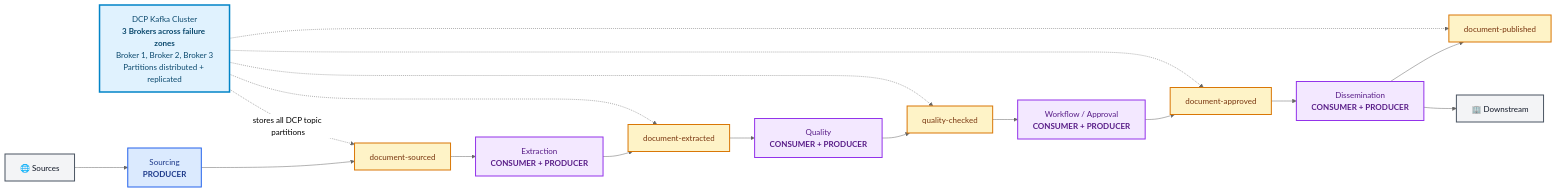
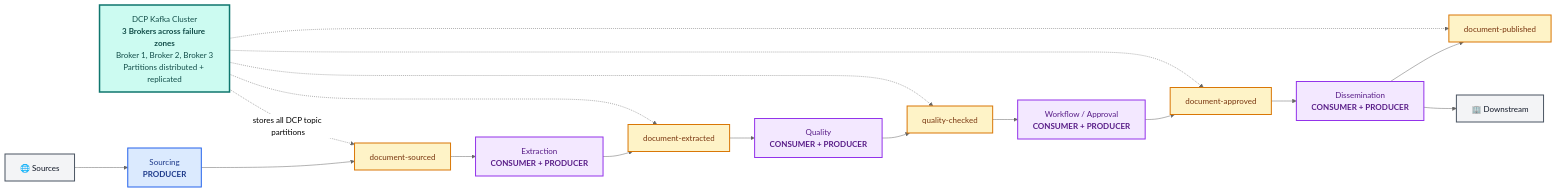
Before and after one commit to arpit-jain-mygit/interview-preparation: the third of 6 diagrams in Kafka-Questions.md, drawn with Mermaid (neutral theme). The commit also changed other lines of this file, not shown here.

Commit message:
Differentiate Kafka cluster diagram color

````diff
--- a/Kafka-Questions.md
+++ b/Kafka-Questions.md
@@ -134,32 +134,32 @@
 ```mermaid
 flowchart LR
     SOURCES["🌐 Sources"]:::actor
     SOURCE["Sourcing<br/><b>PRODUCER</b>"]:::producer
     T1["document-sourced"]:::topic
     EXTRACT["Extraction<br/><b>CONSUMER + PRODUCER</b>"]:::both
     T2["document-extracted"]:::topic
     QUALITY["Quality<br/><b>CONSUMER + PRODUCER</b>"]:::both
     T3["quality-checked"]:::topic
     REVIEW["Workflow / Approval<br/><b>CONSUMER + PRODUCER</b>"]:::both
     T4["document-approved"]:::topic
     DISSEM["Dissemination<br/><b>CONSUMER + PRODUCER</b>"]:::both
     T5["document-published"]:::topic
     TARGETS["🏢 Downstream"]:::actor
     KAFKA["DCP Kafka Cluster<br/><b>3 Brokers across failure zones</b><br/>Broker 1, Broker 2, Broker 3<br/>Partitions distributed + replicated"]:::cluster
 
     SOURCES --> SOURCE --> T1 --> EXTRACT --> T2 --> QUALITY --> T3 --> REVIEW --> T4 --> DISSEM --> T5
     DISSEM --> TARGETS
     KAFKA -.->|"stores all DCP topic partitions"| T1
     KAFKA -.-> T2
     KAFKA -.-> T3
     KAFKA -.-> T4
     KAFKA -.-> T5
 
     classDef actor fill:#F3F4F6,stroke:#4B5563,color:#111827,stroke-width:2px;
     classDef producer fill:#DBEAFE,stroke:#2563EB,color:#1E3A8A,stroke-width:2px;
     classDef consumer fill:#DCFCE7,stroke:#16A34A,color:#14532D,stroke-width:2px;
     classDef both fill:#F3E8FF,stroke:#9333EA,color:#581C87,stroke-width:2px;
     classDef topic fill:#FEF3C7,stroke:#D97706,color:#78350F,stroke-width:2px;
     classDef store fill:#FCE7F3,stroke:#DB2777,color:#831843,stroke-width:2px;
-    classDef cluster fill:#E0F2FE,stroke:#0284C7,color:#0C4A6E,stroke-width:3px;
+    classDef cluster fill:#CCFBF1,stroke:#0F766E,color:#134E4A,stroke-width:3px;
 ```
````
